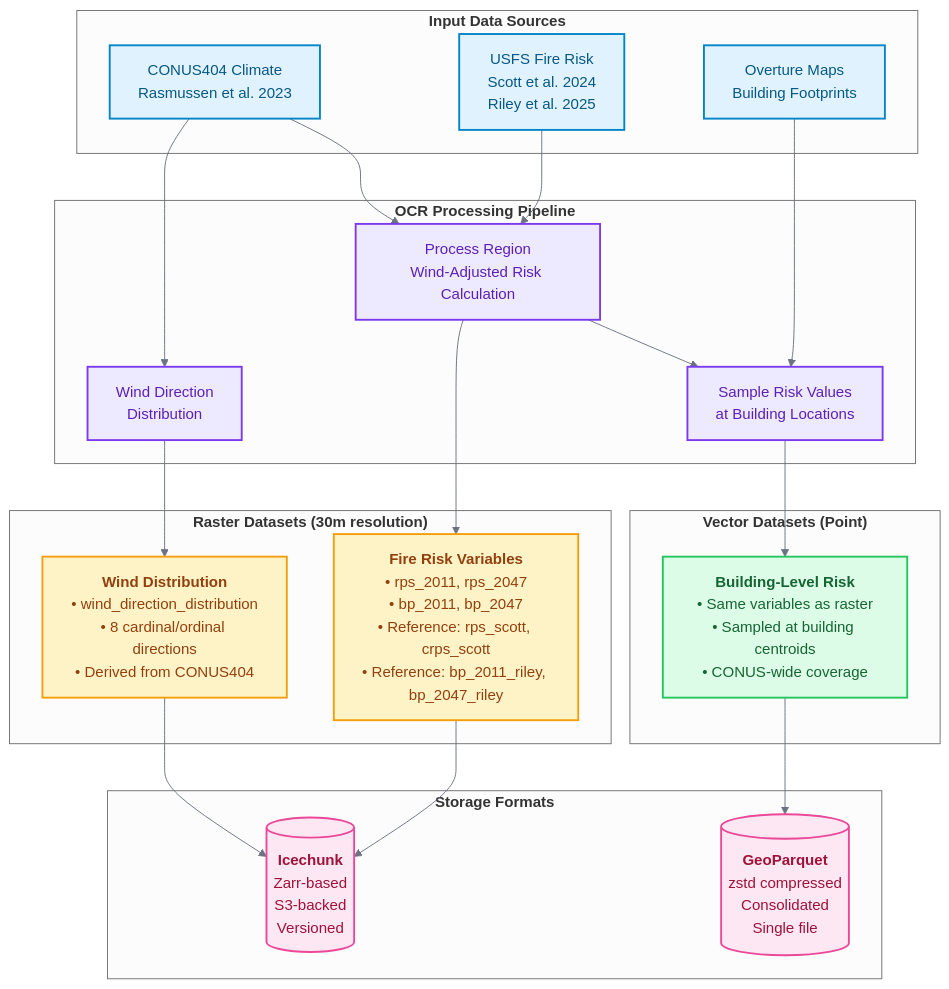
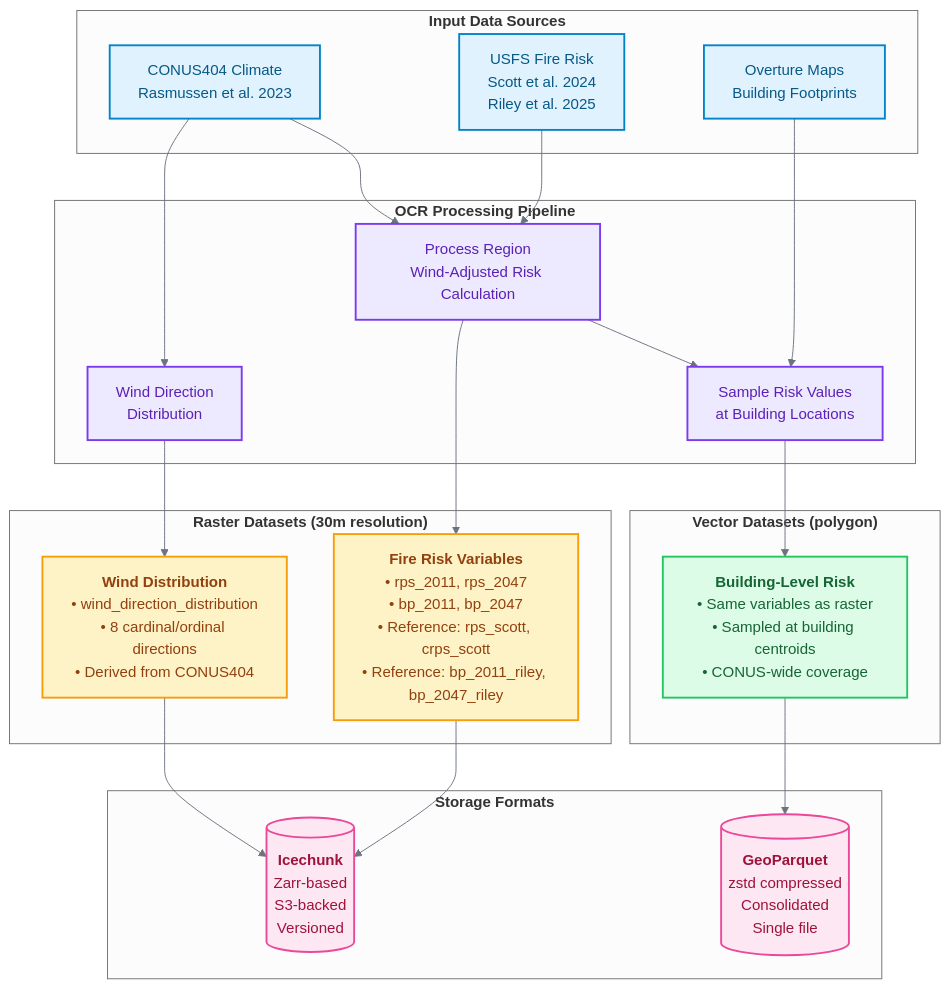
One commit to carbonplan/ocr changed the first of 2 diagrams in docs/reference/data-schema.md. Above: the diagram before and after it, drawn with Mermaid. The commit also changed other lines of this file and 2 other files, not shown here.

Commit message:
clarify points to polygon

````diff
--- a/docs/reference/data-schema.md
+++ b/docs/reference/data-schema.md
@@ -7,62 +7,62 @@
 ```mermaid
 %%{init: {'theme':'neutral', 'themeVariables': {'primaryColor':'#2563eb','primaryTextColor':'#1f2937','primaryBorderColor':'#3b82f6','lineColor':'#6b7280','secondaryColor':'#7c3aed','tertiaryColor':'#10b981','background':'#ffffff','mainBkg':'#f3f4f6','secondBkg':'#e5e7eb','tertiaryBkg':'#d1d5db','primaryTextColor':'#111827','lineColor':'#6b7280','textColor':'#374151','mainContrastColor':'#1f2937','darkMode':false}}}%%
 graph TB
     %% Input Data Sources
     subgraph Inputs["<b>Input Data Sources</b>"]
         USFS[USFS Fire Risk<br/>Scott et al. 2024<br/>Riley et al. 2025]
         CONUS[CONUS404 Climate<br/>Rasmussen et al. 2023]
         Buildings[Overture Maps<br/>Building Footprints]
     end
 
     %% Processing Pipeline
     subgraph Pipeline["<b>OCR Processing Pipeline</b>"]
         ProcessRegion[Process Region<br/>Wind-Adjusted Risk Calculation]
         WindCalc[Wind Direction<br/>Distribution]
         Sample[Sample Risk Values<br/>at Building Locations]
     end
 
     %% Raster Outputs
     subgraph RasterOutputs["<b>Raster Datasets (30m resolution)</b>"]
         RiskLayers["<b>Fire Risk Variables</b><br/>• rps_2011, rps_2047<br/>• bp_2011, bp_2047<br/>• Reference: rps_scott, crps_scott<br/>• Reference: bp_2011_riley, bp_2047_riley"]
         WindDist["<b>Wind Distribution</b><br/>• wind_direction_distribution<br/>• 8 cardinal/ordinal directions<br/>• Derived from CONUS404"]
     end
 
     %% Vector Outputs
-    subgraph VectorOutputs["<b>Vector Datasets (Point)</b>"]
+    subgraph VectorOutputs["<b>Vector Datasets (polygon)</b>"]
         BuildingRisk["<b>Building-Level Risk</b><br/>• Same variables as raster<br/>• Sampled at building centroids<br/>• CONUS-wide coverage<br/>"]
     end
 
     %% Storage Formats
     subgraph Storage["<b>Storage Formats</b>"]
         Icechunk[("<b>Icechunk</b><br/>Zarr-based<br/>S3-backed<br/>Versioned")]
         GeoParquet[("<b>GeoParquet</b><br/>zstd compressed<br/>Consolidated<br/>Single file")]
     end
 
     %% Data Flow
     USFS --> ProcessRegion
     CONUS --> ProcessRegion
     CONUS --> WindCalc
     Buildings --> Sample
 
     ProcessRegion --> RiskLayers
     WindCalc --> WindDist
     ProcessRegion --> Sample
 
     RiskLayers --> Icechunk
     WindDist --> Icechunk
     Sample --> BuildingRisk
     BuildingRisk --> GeoParquet
 
     %% Styling
     classDef input fill:#e0f2fe,stroke:#0284c7,stroke-width:2px,color:#075985
     classDef process fill:#ede9fe,stroke:#7c3aed,stroke-width:2px,color:#5b21b6
     classDef raster fill:#fef3c7,stroke:#f59e0b,stroke-width:2px,color:#92400e
     classDef vector fill:#dcfce7,stroke:#22c55e,stroke-width:2px,color:#166534
     classDef storage fill:#fce7f3,stroke:#ec4899,stroke-width:2px,color:#9f1239
 
     class USFS,CONUS,Buildings input
     class ProcessRegion,WindCalc,Sample process
     class RiskLayers,WindDist raster
     class BuildingRisk vector
     class Icechunk,GeoParquet storage
 ```
````
